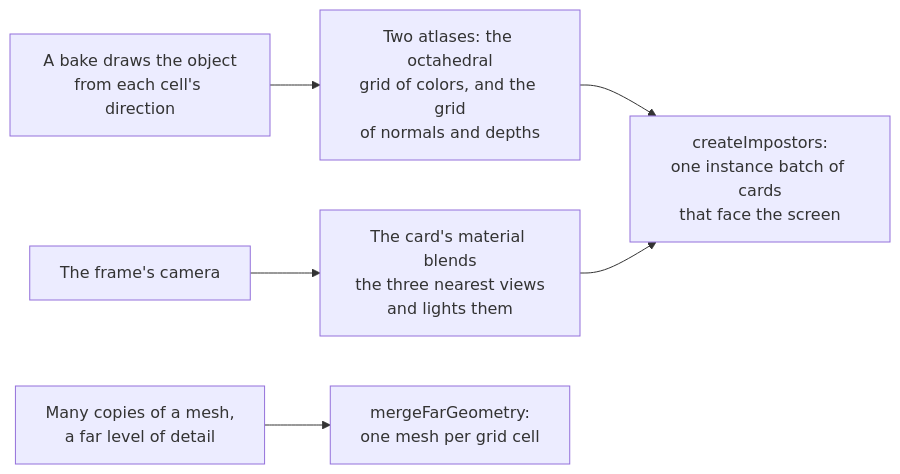
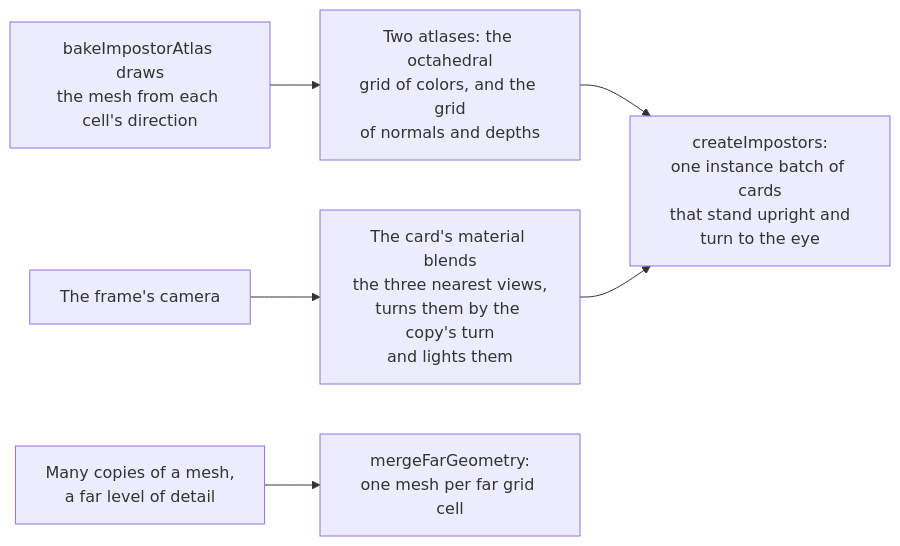
One commit to null3d-engine/null3d changed the diagram in docs/api/impostors.md. Above: the diagram before and after it, drawn with Mermaid. The commit also changed other lines of this file and 45 other files, not shown here.

````diff
--- a/docs/api/impostors.md
+++ b/docs/api/impostors.md
@@ -15,8 +15,8 @@
 ```mermaid
 flowchart LR
-    views["A bake draws the object<br/>from each cell's direction"] --> atlas["Two atlases: the octahedral<br/>grid of colors, and the grid<br/>of normals and depths"]
-    atlas --> cards["createImpostors:<br/>one instance batch of cards<br/>that face the screen"]
-    eye["The frame's camera"] --> blend["The card's material blends<br/>the three nearest views<br/>and lights them"]
+    views["bakeImpostorAtlas draws<br/>the mesh from each cell's direction"] --> atlas["Two atlases: the octahedral<br/>grid of colors, and the grid<br/>of normals and depths"]
+    atlas --> cards["createImpostors:<br/>one instance batch of cards<br/>that stand upright and<br/>turn to the eye"]
+    eye["The frame's camera"] --> blend["The card's material blends<br/>the three nearest views,<br/>turns them by the copy's turn<br/>and lights them"]
     blend --> cards
-    copies["Many copies of a mesh,<br/>a far level of detail"] --> merge["mergeFarGeometry:<br/>one mesh per grid cell"]
+    copies["Many copies of a mesh,<br/>a far level of detail"] --> merge["mergeFarGeometry:<br/>one mesh per far grid cell"]
 ```
````
